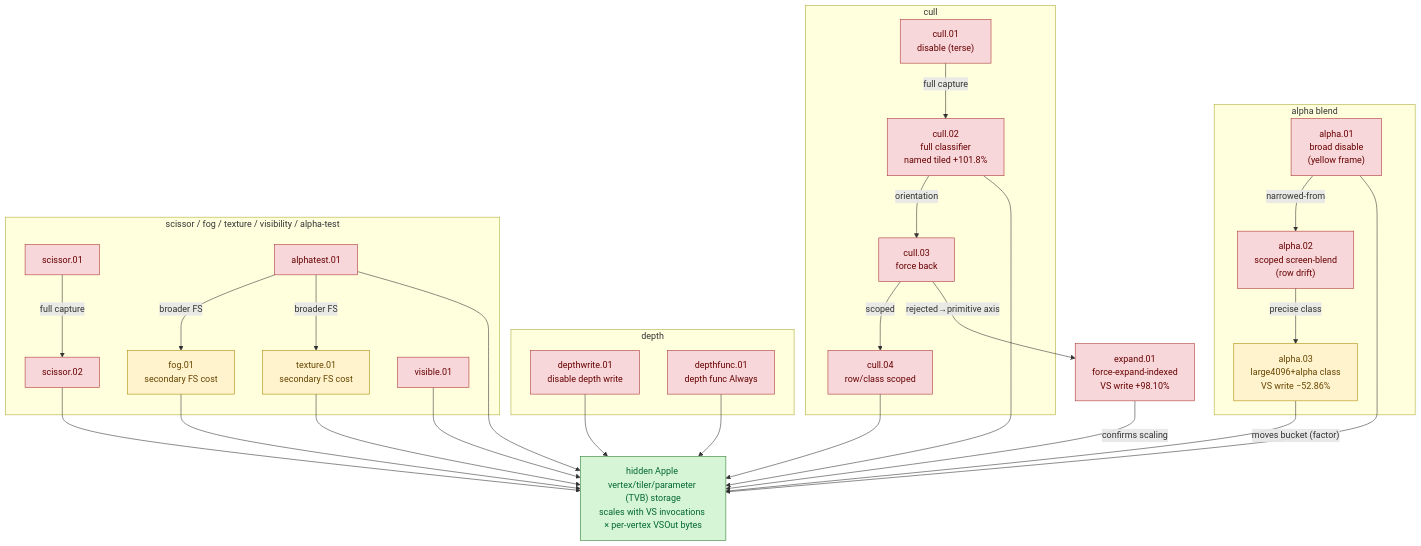
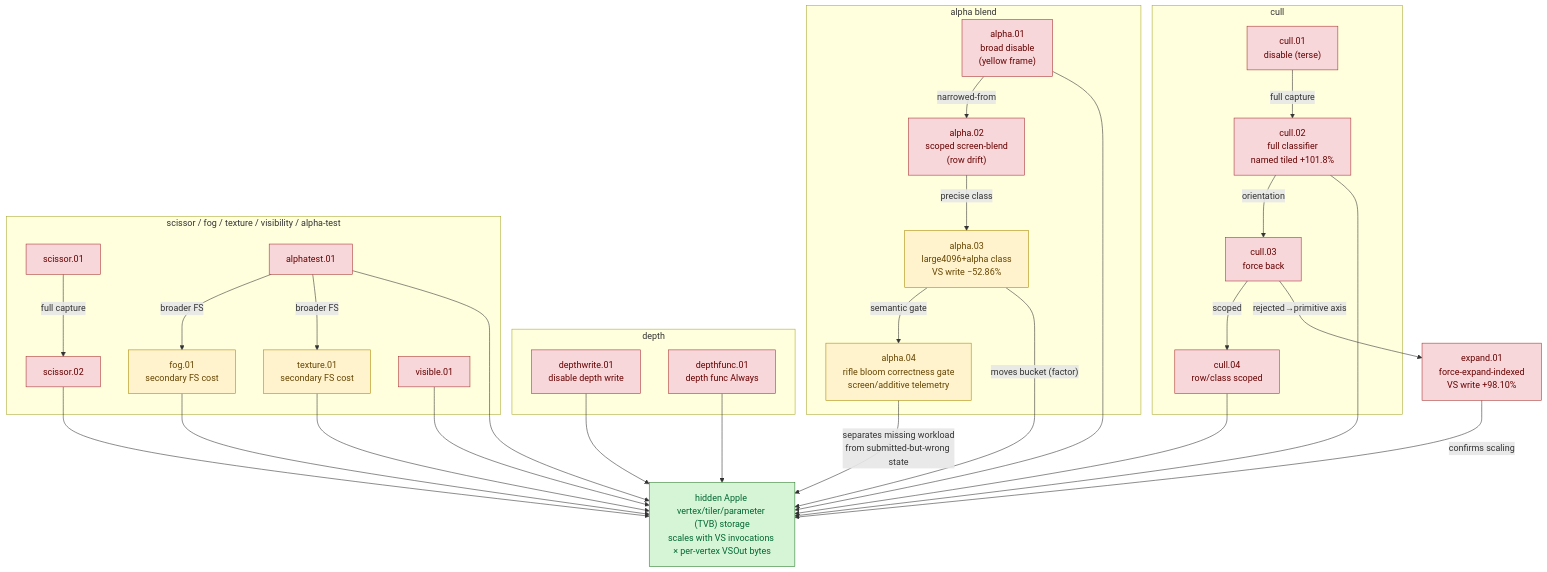
One commit to dfdgsdfg/dxmt9 changed the diagram in docs/perfomance/backend-shape-classifiers.md. Above: the diagram before and after it, drawn with Mermaid. The commit also changed other lines of this file and 5 other files, not shown here.

````diff
--- a/docs/perfomance/backend-shape-classifiers.md
+++ b/docs/perfomance/backend-shape-classifiers.md
@@ -74,54 +75,57 @@
 ```mermaid
 flowchart TD
   subgraph alpha["alpha blend"]
     A1["alpha.01<br/>broad disable<br/>(yellow frame)"]:::rejected
     A2["alpha.02<br/>scoped screen-blend<br/>(row drift)"]:::rejected
     A3["alpha.03<br/>large4096+alpha class<br/>VS write −52.86%"]:::factor
+    A4["alpha.04<br/>rifle bloom correctness gate<br/>screen/additive telemetry"]:::open
   end
   subgraph depth["depth"]
     DW["depthwrite.01<br/>disable depth write"]:::rejected
     DF["depthfunc.01<br/>depth func Always"]:::rejected
   end
   subgraph cull["cull"]
     C1["cull.01<br/>disable (terse)"]:::rejected
     C2["cull.02<br/>full classifier<br/>named tiled +101.8%"]:::rejected
     C3["cull.03<br/>force back"]:::rejected
     C4["cull.04<br/>row/class scoped"]:::rejected
   end
   subgraph other["scissor / fog / texture / visibility / alpha-test"]
     S1["scissor.01"]:::rejected
     S2["scissor.02"]:::rejected
     FOG["fog.01<br/>secondary FS cost"]:::secondary
     TEX["texture.01<br/>secondary FS cost"]:::secondary
     VIS["visible.01"]:::rejected
     AT["alphatest.01"]:::rejected
   end
   EXP["expand.01<br/>force-expand-indexed<br/>VS write +98.10%"]:::informative
   OWNER["hidden Apple vertex/tiler/parameter (TVB) storage<br/>scales with VS invocations × per-vertex VSOut bytes"]:::concl
 
-  A1 -->|"narrowed-from"| A2 -->|"precise class"| A3
+  A1 -->|"narrowed-from"| A2 -->|"precise class"| A3 -->|"semantic gate"| A4
   C1 -->|"full capture"| C2 -->|"orientation"| C3 -->|"scoped"| C4
   S1 -->|"full capture"| S2
   AT -->|"broader FS"| FOG
   AT -->|"broader FS"| TEX
   C3 -->|"rejected→primitive axis"| EXP
 
   A3 -->|"moves bucket (factor)"| OWNER
+  A4 -->|"separates missing workload<br/>from submitted-but-wrong state"| OWNER
   EXP -->|"confirms scaling"| OWNER
   A1 --> OWNER
   DW --> OWNER
   DF --> OWNER
   C2 --> OWNER
   C4 --> OWNER
   S2 --> OWNER
   FOG --> OWNER
   TEX --> OWNER
   VIS --> OWNER
   AT --> OWNER
 
   classDef rejected fill:#f8d7da,stroke:#a33,color:#600
   classDef secondary fill:#fff3cd,stroke:#a80,color:#640
   classDef factor fill:#fff3cd,stroke:#a80,color:#640
+  classDef open fill:#fff3cd,stroke:#a80,color:#640
   classDef informative fill:#f8d7da,stroke:#a33,color:#600
   classDef concl fill:#d6f5d6,stroke:#2b7a2b,color:#063
 ```
````
